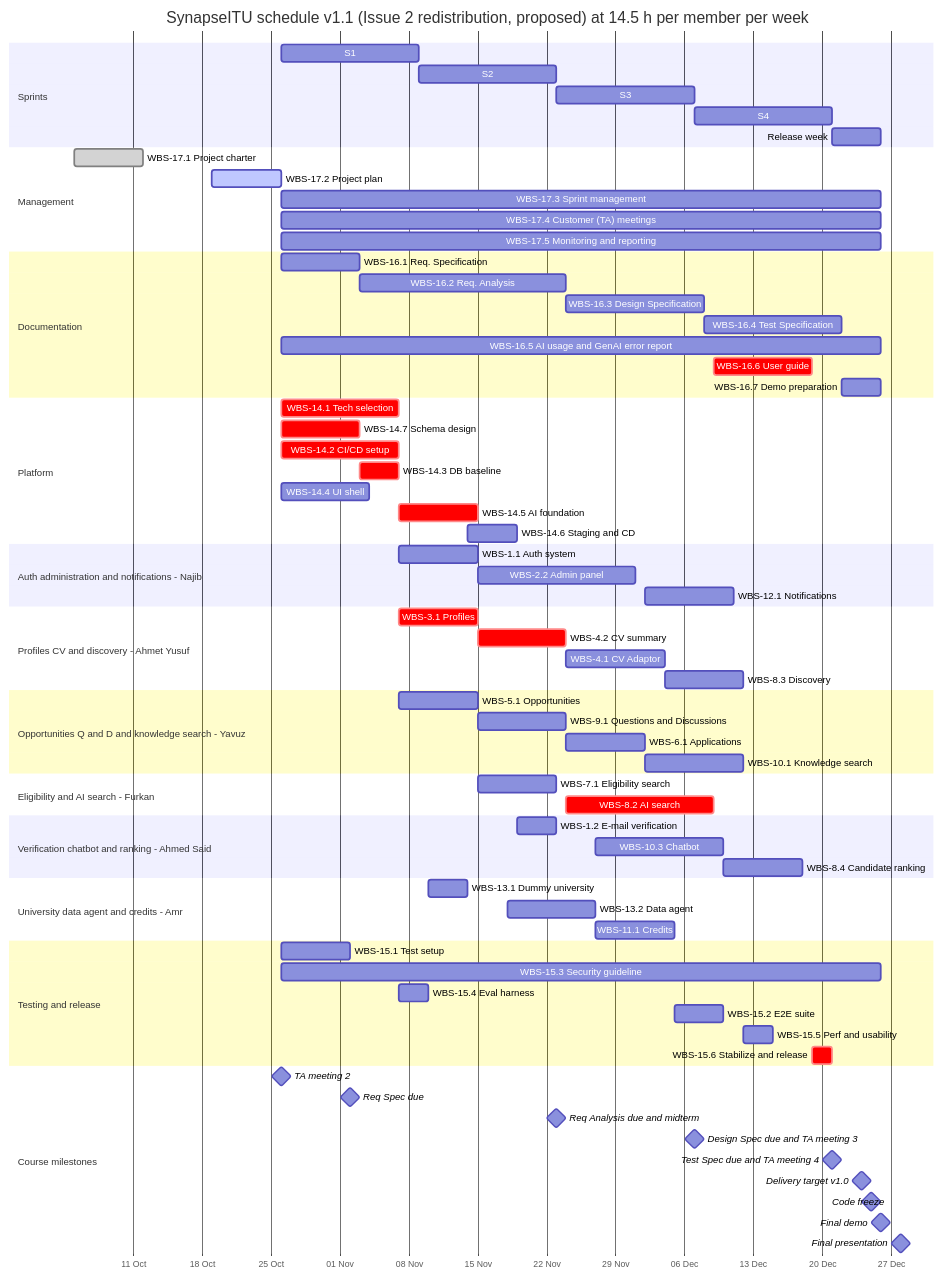
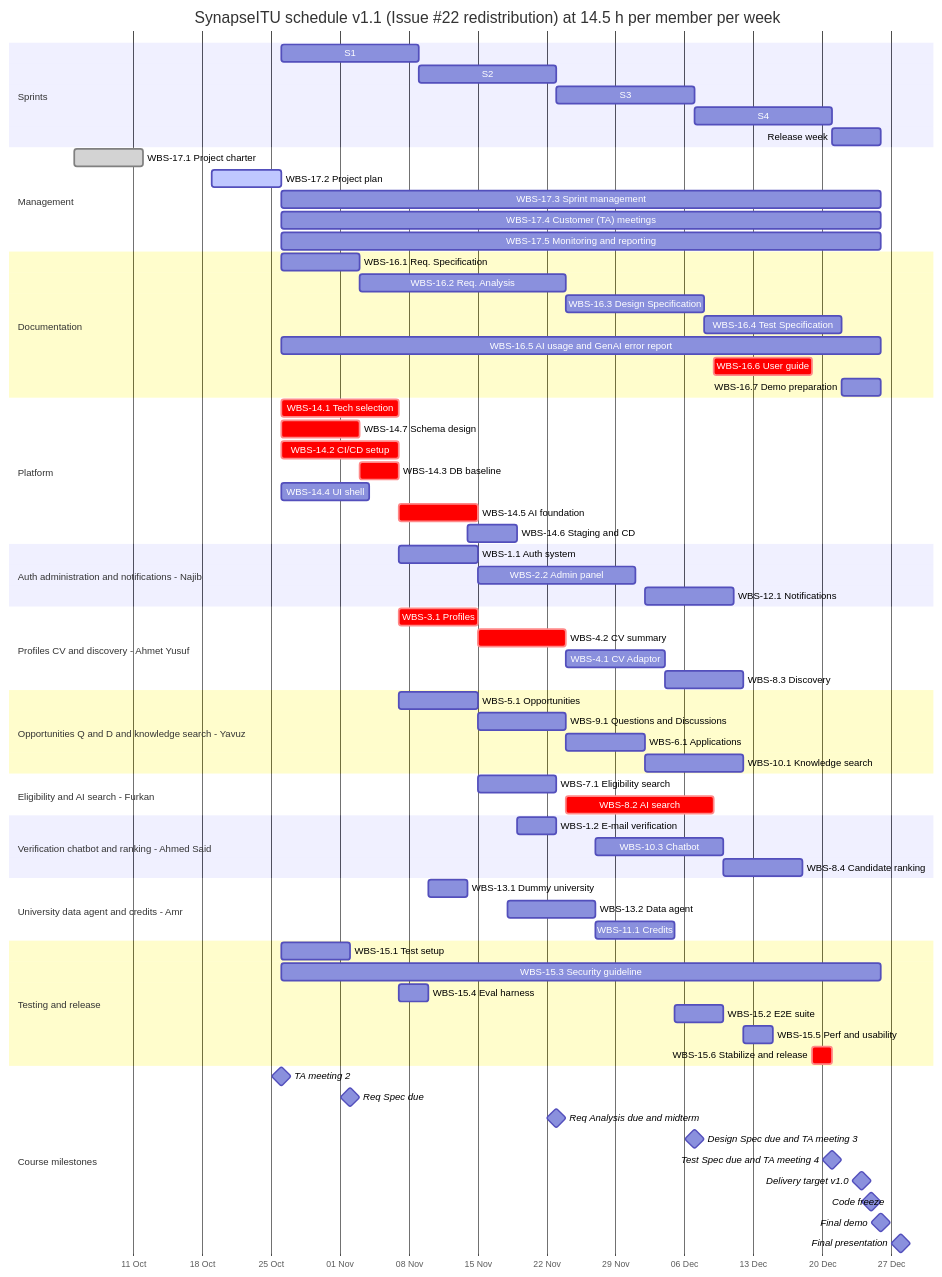
The second of 2 diagrams in docs/ProjectPlan.md (yalcinfu22/SynapseITU), drawn with Mermaid before and after one commit. The commit also changed other lines of this file, not shown here.

First line of the commit message:
Mark workload redistribution (#22) as agreed

````diff
--- a/docs/ProjectPlan.md
+++ b/docs/ProjectPlan.md
@@ -712,77 +712,77 @@
 ```mermaid
 gantt
-    title SynapseITU schedule v1.1 (Issue 2 redistribution, proposed) at 14.5 h per member per week
+    title SynapseITU schedule v1.1 (Issue #22 redistribution) at 14.5 h per member per week
     dateFormat YYYY-MM-DD
     axisFormat %d %b
     todayMarker off
     section Sprints
     S1 :sp0, 2026-10-26, 14d
     S2 :sp1, 2026-11-09, 14d
     S3 :sp2, 2026-11-23, 14d
     S4 :sp3, 2026-12-07, 14d
     Release week :sp4, 2026-12-21, 5d
     section Management
     WBS-17.1 Project charter :done, w17_1, 2026-10-05, 7d
     WBS-17.2 Project plan :active, w17_2, 2026-10-19, 7d
     WBS-17.3 Sprint management :w17_3, 2026-10-26, 61d
     WBS-17.4 Customer (TA) meetings :w17_4, 2026-10-26, 61d
     WBS-17.5 Monitoring and reporting :w17_5, 2026-10-26, 61d
     section Documentation
     WBS-16.1 Req. Specification :w16_1, 2026-10-26, 8d
     WBS-16.2 Req. Analysis :w16_2, 2026-11-03, 21d
     WBS-16.3 Design Specification :w16_3, 2026-11-24, 14d
     WBS-16.4 Test Specification :w16_4, 2026-12-08, 14d
     WBS-16.5 AI usage and GenAI error report :w16_5, 2026-10-26, 61d
     WBS-16.6 User guide :crit, w16_6, 2026-12-09, 10d
     WBS-16.7 Demo preparation :w16_7, 2026-12-22, 4d
     section Platform
     WBS-14.1 Tech selection :crit, w14_1, 2026-10-26, 12d
     WBS-14.7 Schema design :crit, w14_7, 2026-10-26, 8d
     WBS-14.2 CI/CD setup :crit, w14_2, 2026-10-26, 12d
     WBS-14.3 DB baseline :crit, w14_3, 2026-11-03, 4d
     WBS-14.4 UI shell :w14_4, 2026-10-26, 9d
     WBS-14.5 AI foundation :crit, w14_5, 2026-11-07, 8d
     WBS-14.6 Staging and CD :w14_6, 2026-11-14, 5d
     section Auth administration and notifications - Najib
     WBS-1.1 Auth system :w1_1, 2026-11-07, 8d
     WBS-2.2 Admin panel :w2_2, 2026-11-15, 16d
     WBS-12.1 Notifications :w12_1, 2026-12-02, 9d
     section Profiles CV and discovery - Ahmet Yusuf
     WBS-3.1 Profiles :crit, w3_1, 2026-11-07, 8d
     WBS-4.2 CV summary :crit, w4_2, 2026-11-15, 9d
     WBS-4.1 CV Adaptor :w4_1, 2026-11-24, 10d
     WBS-8.3 Discovery :w8_3, 2026-12-04, 8d
     section Opportunities Q and D and knowledge search - Yavuz
     WBS-5.1 Opportunities :w5_1, 2026-11-07, 8d
     WBS-9.1 Questions and Discussions :w9_1, 2026-11-15, 9d
     WBS-6.1 Applications :w6_1, 2026-11-24, 8d
     WBS-10.1 Knowledge search :w10_1, 2026-12-02, 10d
     section Eligibility and AI search - Furkan
     WBS-7.1 Eligibility search :w7_1, 2026-11-15, 8d
     WBS-8.2 AI search :crit, w8_2, 2026-11-24, 15d
     section Verification chatbot and ranking - Ahmed Said
     WBS-1.2 E-mail verification :w1_2, 2026-11-19, 4d
     WBS-10.3 Chatbot :w10_3, 2026-11-27, 13d
     WBS-8.4 Candidate ranking :w8_4, 2026-12-10, 8d
     section University data agent and credits - Amr
     WBS-13.1 Dummy university :w13_1, 2026-11-10, 4d
     WBS-13.2 Data agent :w13_2, 2026-11-18, 9d
     WBS-11.1 Credits :w11_1, 2026-11-27, 8d
     section Testing and release
     WBS-15.1 Test setup :w15_1, 2026-10-26, 7d
     WBS-15.3 Security guideline :w15_3, 2026-10-26, 61d
     WBS-15.4 Eval harness :w15_4, 2026-11-07, 3d
     WBS-15.2 E2E suite :w15_2, 2026-12-05, 5d
     WBS-15.5 Perf and usability :w15_5, 2026-12-12, 3d
     WBS-15.6 Stabilize and release :crit, w15_6, 2026-12-19, 2d
     section Course milestones
     TA meeting 2 :milestone, m0, 2026-10-26, 0d
     Req Spec due :milestone, m1, 2026-11-02, 0d
     Req Analysis due and midterm :milestone, m2, 2026-11-23, 0d
     Design Spec due and TA meeting 3 :milestone, m3, 2026-12-07, 0d
     Test Spec due and TA meeting 4 :milestone, m4, 2026-12-21, 0d
     Delivery target v1.0 :milestone, m5, 2026-12-24, 0d
     Code freeze :milestone, m6, 2026-12-25, 0d
     Final demo :milestone, m7, 2026-12-26, 0d
     Final presentation :milestone, m8, 2026-12-28, 0d
 ```
````
